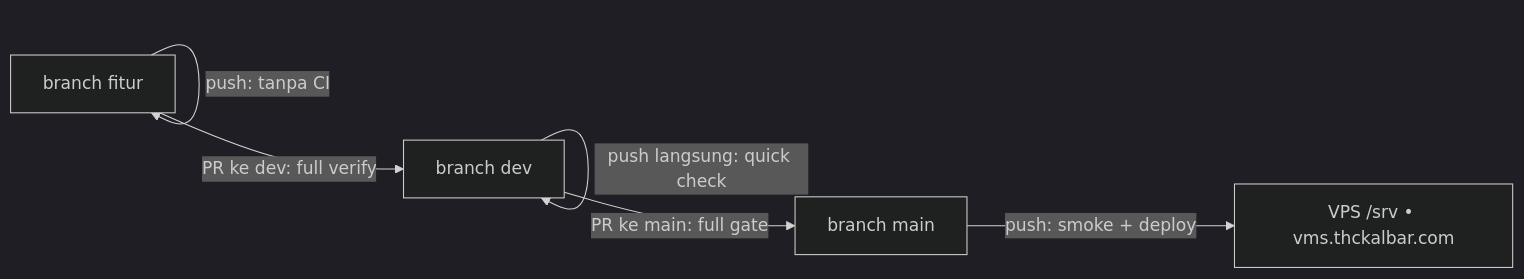
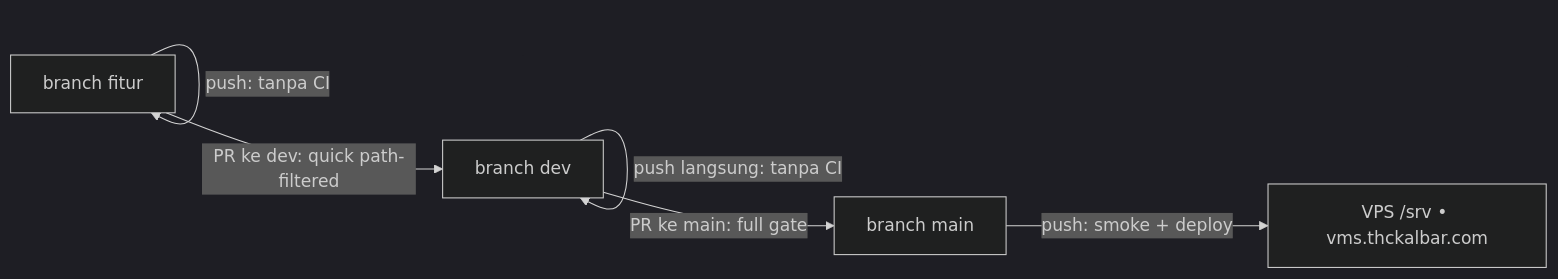
Before and after one commit to andyderis36/thc-vms: the diagram in docs/8. CI-CD.md, drawn with Mermaid (dark theme). The commit also changed other lines of this file and 2 other files, not shown here.

Commit message:
Docs: model CI dua gerbang tanpa Run A

````diff
--- a/docs/8. CI-CD.md
+++ b/docs/8. CI-CD.md
@@ -10,8 +10,8 @@
 ```mermaid
 flowchart LR
   F[branch fitur] -- push: tanpa CI --> F
-  F -- PR ke dev: full verify --> D[branch dev]
-  D -- push langsung: quick check --> D
+  F -- PR ke dev: quick path-filtered --> D[branch dev]
+  D -- push langsung: tanpa CI --> D
   D -- PR ke main: full gate --> M[branch main]
   M -- push: smoke + deploy --> V[VPS /srv • vms.thckalbar.com]
 ```
````
